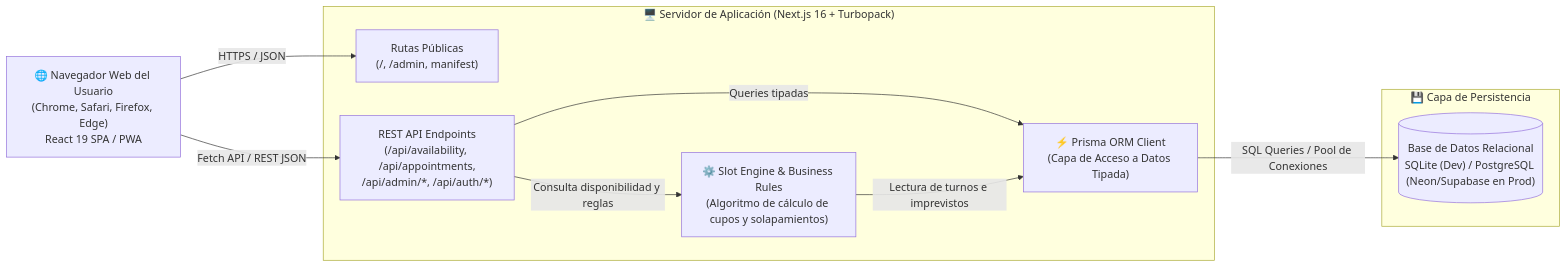
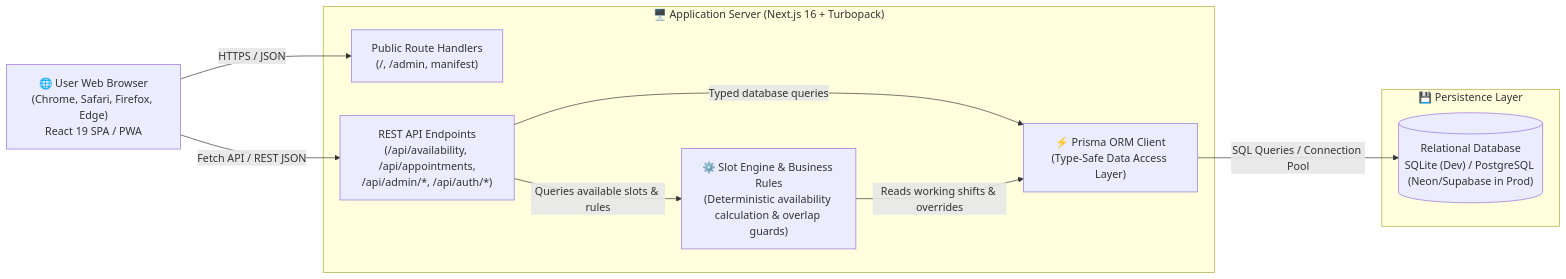
One commit to iamcristian/reservation-microsystem changed the second of 4 diagrams in docs/ARCHITECTURE.md. Above: the diagram before and after it, drawn with Mermaid. The commit also changed other lines of this file and 17 other files, not shown here.

````diff
--- a/docs/ARCHITECTURE.md
+++ b/docs/ARCHITECTURE.md
@@ -38,22 +38,22 @@
 ```mermaid
 flowchart LR
-    Browser["🌐 Navegador Web del Usuario\n(Chrome, Safari, Firefox, Edge)\nReact 19 SPA / PWA"]
+    Browser["🌐 User Web Browser\n(Chrome, Safari, Firefox, Edge)\nReact 19 SPA / PWA"]
     
-    subgraph NextServer["🖥️ Servidor de Aplicación (Next.js 16 + Turbopack)"]
-        EdgeRoutes["Rutas Públicas\n(/, /admin, manifest)"]
+    subgraph NextServer["🖥️ Application Server (Next.js 16 + Turbopack)"]
+        EdgeRoutes["Public Route Handlers\n(/, /admin, manifest)"]
         APIRoutes["REST API Endpoints\n(/api/availability, /api/appointments,\n/api/admin/*, /api/auth/*)"]
-        SlotEngine["⚙️ Slot Engine & Business Rules\n(Algoritmo de cálculo de cupos y solapamientos)"]
-        PrismaORM["⚡ Prisma ORM Client\n(Capa de Acceso a Datos Tipada)"]
+        SlotEngine["⚙️ Slot Engine & Business Rules\n(Deterministic availability calculation & overlap guards)"]
+        PrismaORM["⚡ Prisma ORM Client\n(Type-Safe Data Access Layer)"]
     end
 
-    subgraph DataStore["💾 Capa de Persistencia"]
-        DB[("Base de Datos Relacional\nSQLite (Dev) / PostgreSQL (Neon/Supabase en Prod)")]
+    subgraph DataStore["💾 Persistence Layer"]
+        DB[("Relational Database\nSQLite (Dev) / PostgreSQL (Neon/Supabase in Prod)")]
     end
 
     Browser -->|"HTTPS / JSON"| EdgeRoutes
     Browser -->|"Fetch API / REST JSON"| APIRoutes
-    APIRoutes -->|"Consulta disponibilidad y reglas"| SlotEngine
-    APIRoutes -->|"Queries tipadas"| PrismaORM
-    SlotEngine -->|"Lectura de turnos e imprevistos"| PrismaORM
-    PrismaORM -->|"SQL Queries / Pool de Conexiones"| DB
+    APIRoutes -->|"Queries available slots & rules"| SlotEngine
+    APIRoutes -->|"Typed database queries"| PrismaORM
+    SlotEngine -->|"Reads working shifts & overrides"| PrismaORM
+    PrismaORM -->|"SQL Queries / Connection Pool"| DB
 ```
````
